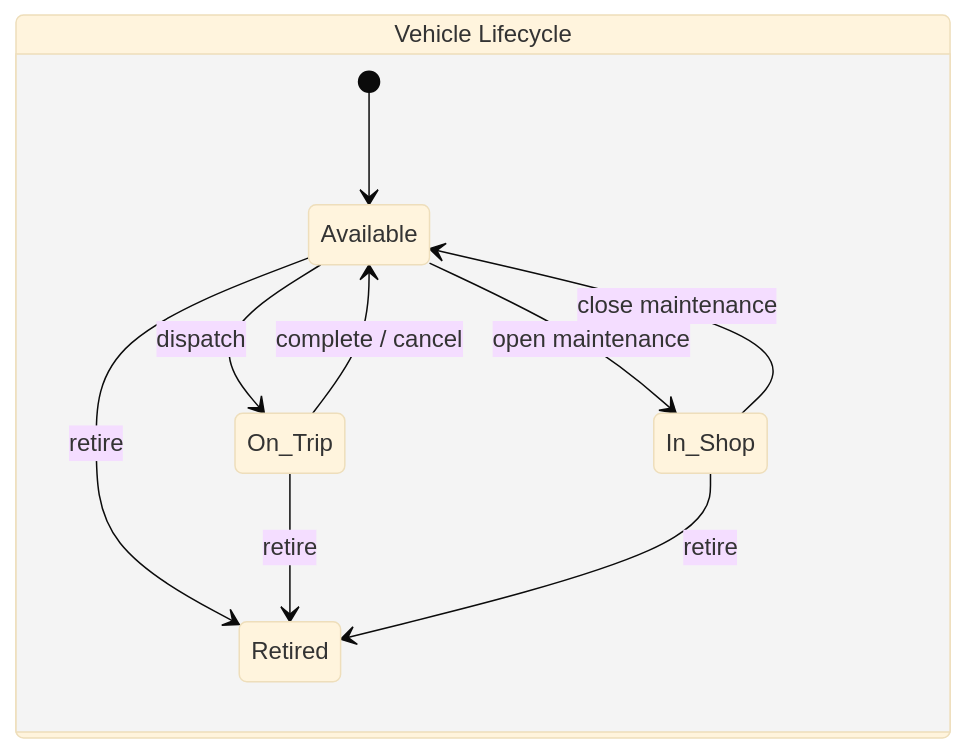
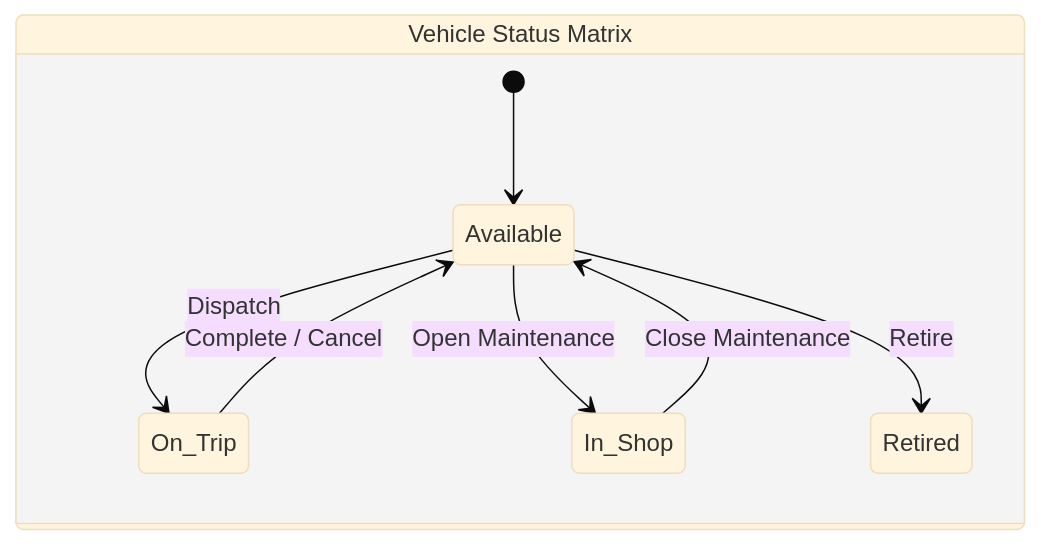
Before and after one commit to asta-maxx/OneReign_1: the second of 4 diagrams in README.md, drawn with Mermaid (base theme). The commit also changed other lines of this file, not shown here.

````diff
--- a/README.md
+++ b/README.md
@@ -75,15 +138,13 @@
 ```mermaid
 stateDiagram-v2
     direction LR
 
-    state "Vehicle Lifecycle" as VL {
+    state "Vehicle Status Matrix" as VL {
         [*] --> Available
-        Available --> On_Trip : dispatch
-        On_Trip --> Available : complete / cancel
-        Available --> In_Shop : open maintenance
-        In_Shop --> Available : close maintenance
-        Available --> Retired : retire
-        On_Trip --> Retired : retire
-        In_Shop --> Retired : retire
+        Available --> On_Trip : Dispatch
+        On_Trip --> Available : Complete / Cancel
+        Available --> In_Shop : Open Maintenance
+        In_Shop --> Available : Close Maintenance
+        Available --> Retired : Retire
     }
 ```
````
